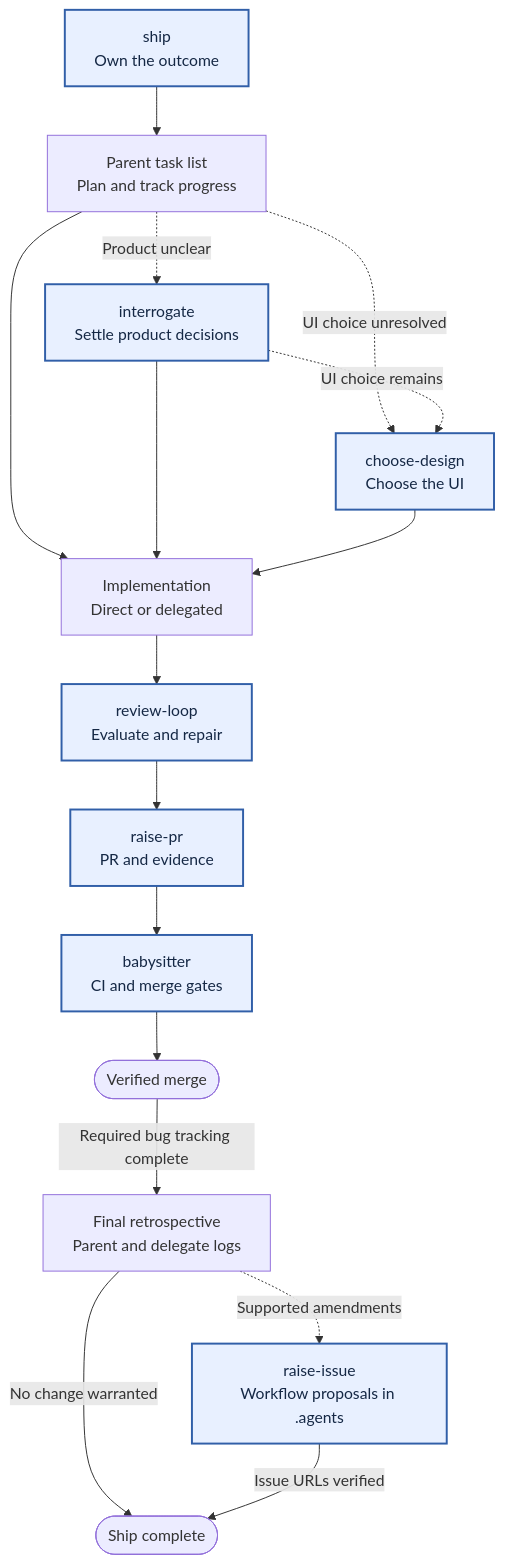
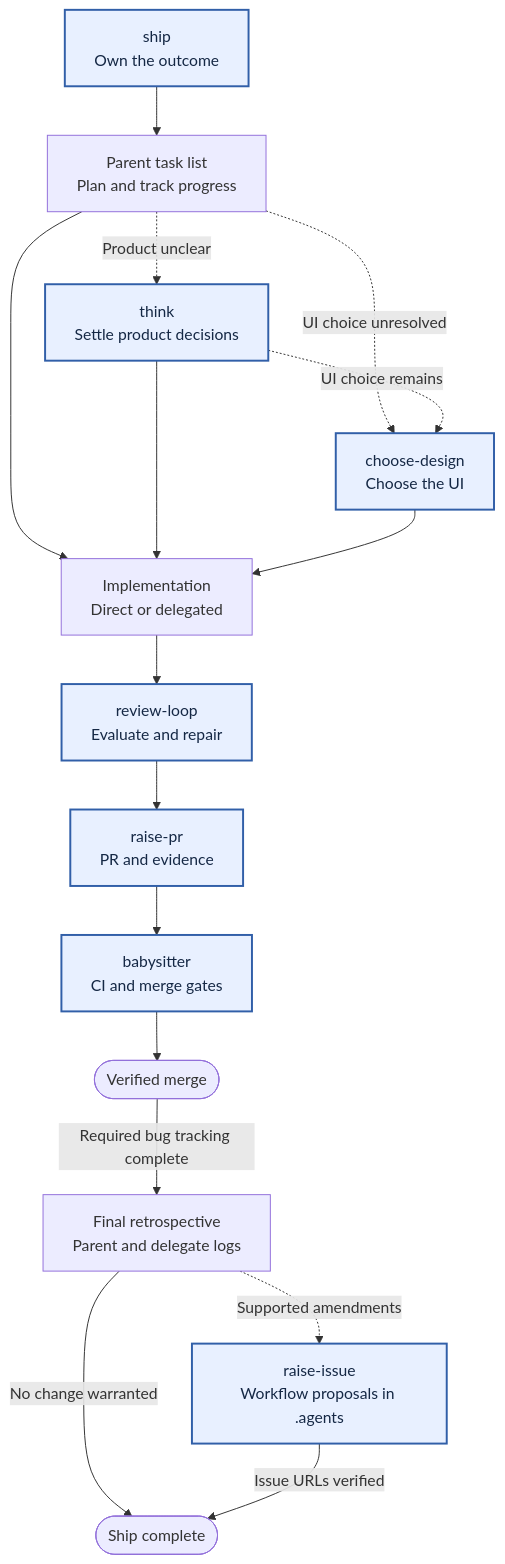
The first of 3 diagrams in README.md (seankoji-com/.agents), drawn with Mermaid before and after one commit. The commit also changed other lines of this file and 12 other files, not shown here.

Commit message:
Add skills Pages site, rename interrogate to think, and define review dispositions

````diff
--- a/README.md
+++ b/README.md
@@ -267,32 +267,32 @@
 ```mermaid
 flowchart TD
     classDef skill fill:#e8f0ff,stroke:#315fa8,color:#152845,stroke-width:2px
     ship["ship<br/>Own the outcome"]:::skill
     plan["Parent task list<br/>Plan and track progress"]
-    interrogate["interrogate<br/>Settle product decisions"]:::skill
+    think["think<br/>Settle product decisions"]:::skill
     design["choose-design<br/>Choose the UI"]:::skill
     implementation["Implementation<br/>Direct or delegated"]
     review_loop["review-loop<br/>Evaluate and repair"]:::skill
     raise_pr["raise-pr<br/>PR and evidence"]:::skill
     babysitter["babysitter<br/>CI and merge gates"]:::skill
     merge(["Verified merge"])
     retrospective["Final retrospective<br/>Parent and delegate logs"]
     proposals["raise-issue<br/>Workflow proposals in .agents"]:::skill
     finished(["Ship complete"])
 
     ship --> plan
-    plan -. "Product unclear" .-> interrogate
+    plan -. "Product unclear" .-> think
     plan -. "UI choice unresolved" .-> design
-    interrogate -. "UI choice remains" .-> design
+    think -. "UI choice remains" .-> design
     plan --> implementation
-    interrogate --> implementation
+    think --> implementation
     design --> implementation
     implementation --> review_loop
     review_loop --> raise_pr
     raise_pr --> babysitter
     babysitter --> merge
     merge -->|"Required bug tracking complete"| retrospective
     retrospective -. "Supported amendments" .-> proposals
     retrospective -->|"No change warranted"| finished
     proposals -->|"Issue URLs verified"| finished
 ```
````
